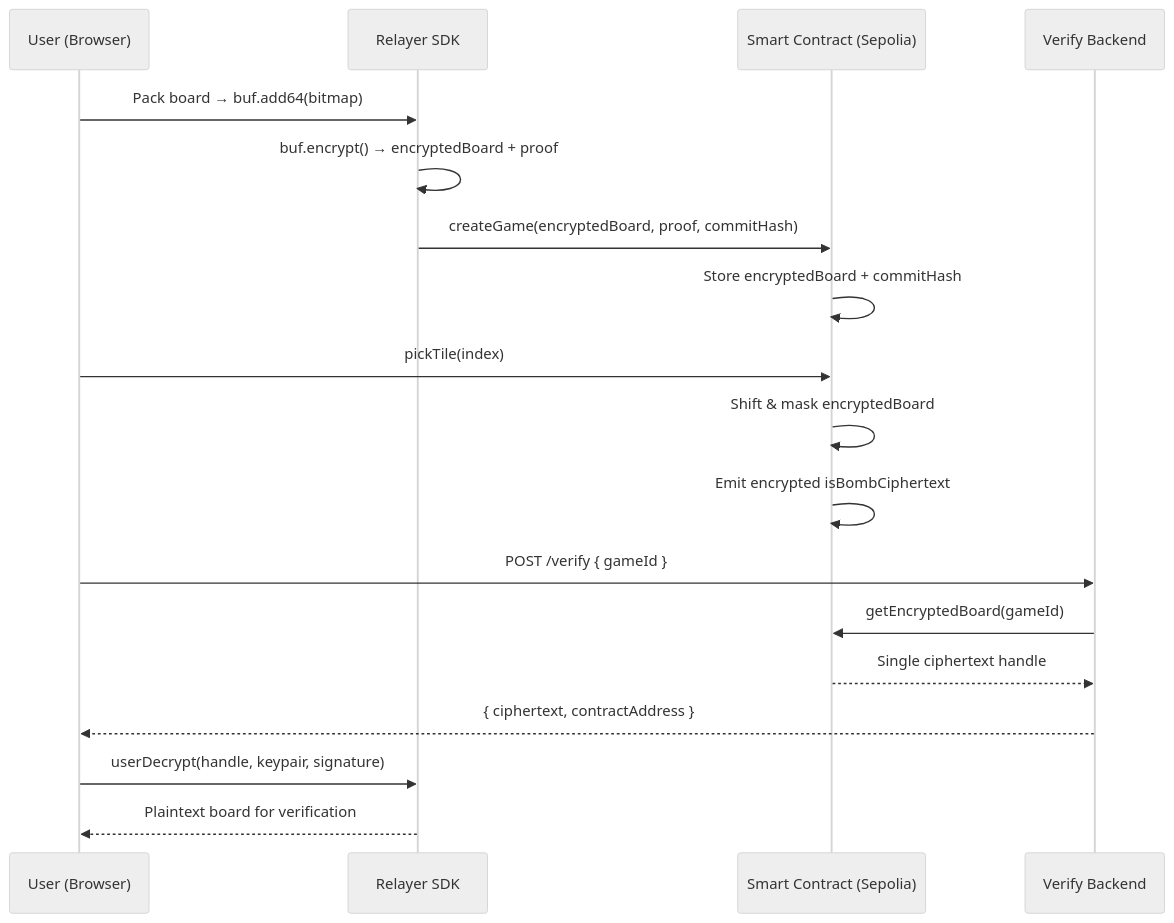
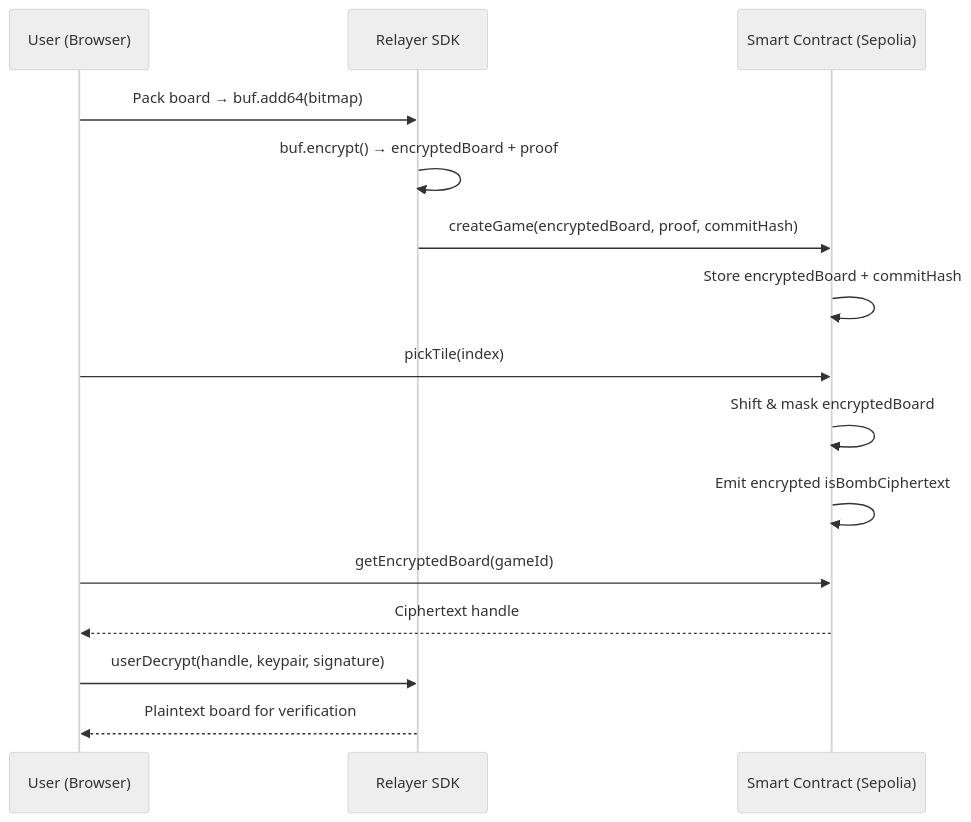
The fourth of 5 diagrams in README-flows.md (phamnhungoctuan/confidential-bomb), drawn with Mermaid (neutral theme) before and after one commit. The commit also changed other lines of this file and 24 other files, not shown here.

````diff
--- a/README-flows.md
+++ b/README-flows.md
@@ -72,21 +79,18 @@
 ```mermaid
 sequenceDiagram
     participant User as User (Browser)
     participant Relayer as Relayer SDK
     participant Contract as Smart Contract (Sepolia)
-    participant Backend as Verify Backend
 
     User->>Relayer: Pack board → buf.add64(bitmap)
     Relayer->>Relayer: buf.encrypt() → encryptedBoard + proof
     Relayer->>Contract: createGame(encryptedBoard, proof, commitHash)
     Contract->>Contract: Store encryptedBoard + commitHash
     User->>Contract: pickTile(index)
     Contract->>Contract: Shift & mask encryptedBoard
     Contract->>Contract: Emit encrypted isBombCiphertext
-    User->>Backend: POST /verify { gameId }
-    Backend->>Contract: getEncryptedBoard(gameId)
-    Contract-->>Backend: Single ciphertext handle
-    Backend-->>User: { ciphertext, contractAddress }
+    User->>Contract: getEncryptedBoard(gameId)
+    Contract-->>User: Ciphertext handle
     User->>Relayer: userDecrypt(handle, keypair, signature)
     Relayer-->>User: Plaintext board for verification
 ```
````
